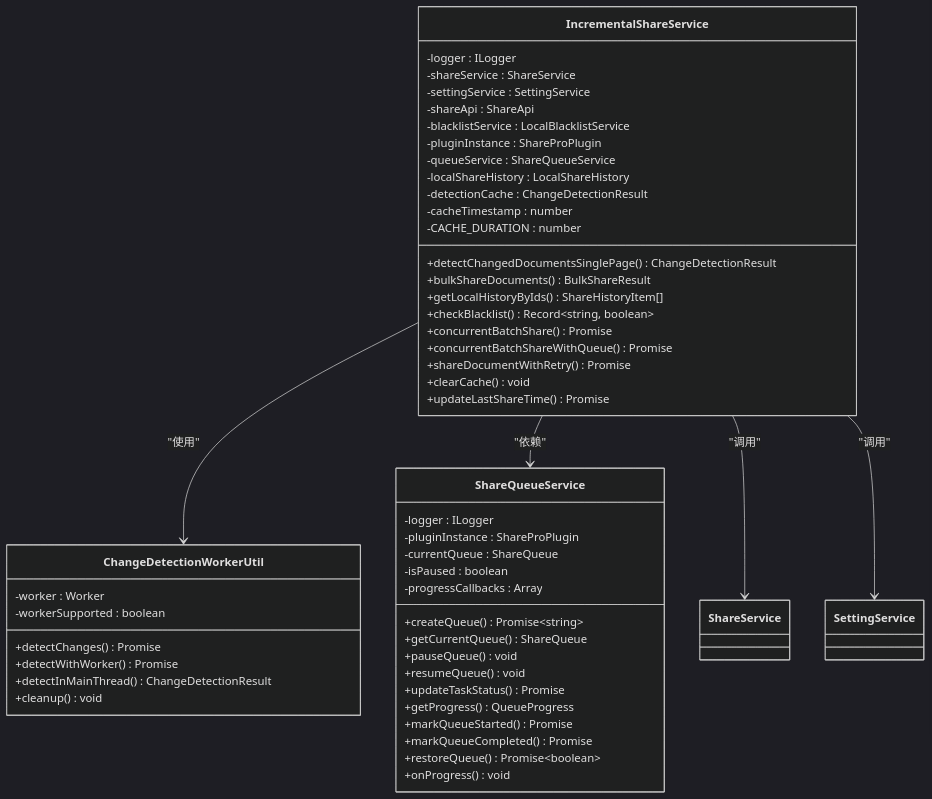
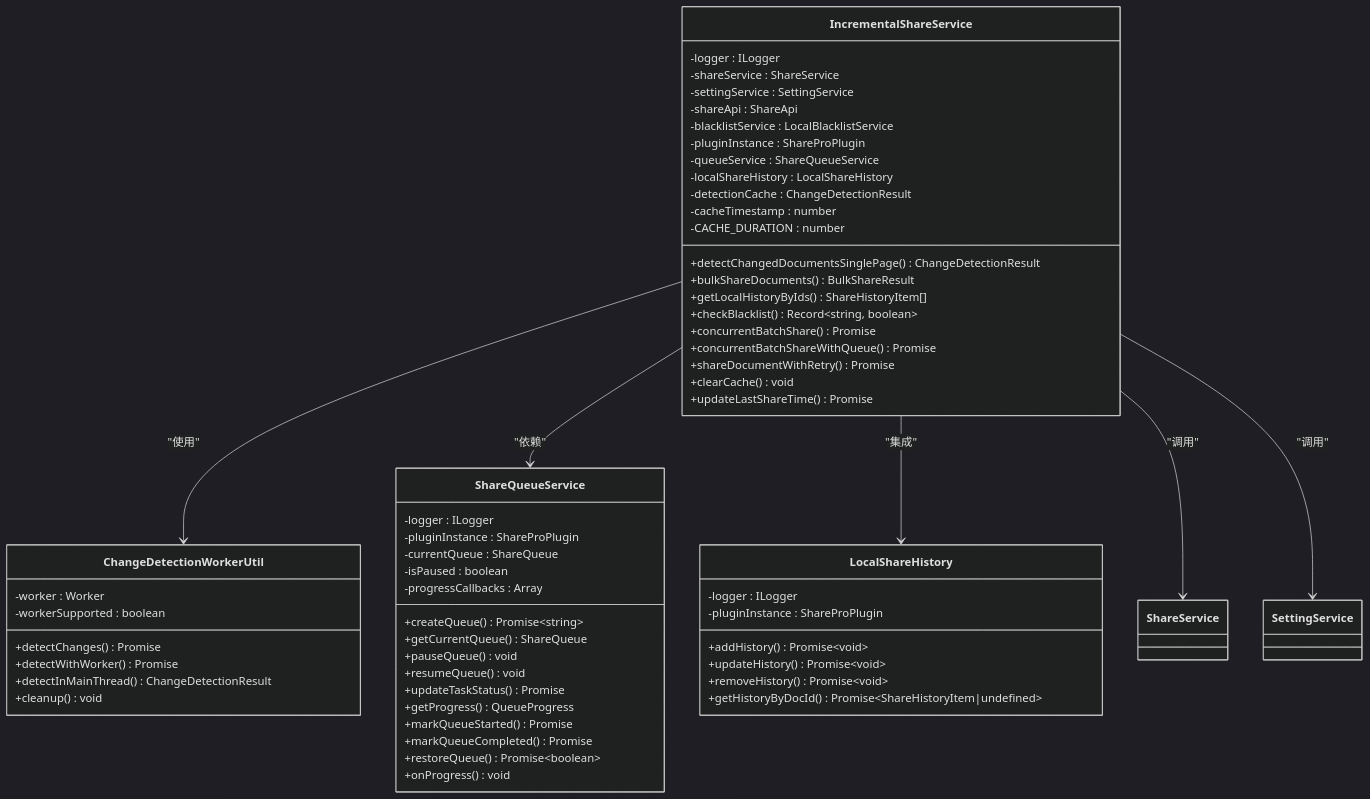
Before and after one commit to terwerinc/siyuan-plugin-share-pro: the third of 7 diagrams in .qoder/repowiki/zh/content/增量分享规范.md, drawn with Mermaid (dark theme). The commit also changed other lines of this file and 8 other files, not shown here.

````diff
--- a/.qoder/repowiki/zh/content/增量分享规范.md
+++ b/.qoder/repowiki/zh/content/增量分享规范.md
@@ -154,54 +183,63 @@
 ```mermaid
 classDiagram
 class IncrementalShareService {
 -logger : ILogger
 -shareService : ShareService
 -settingService : SettingService
 -shareApi : ShareApi
 -blacklistService : LocalBlacklistService
 -pluginInstance : ShareProPlugin
 -queueService : ShareQueueService
 -localShareHistory : LocalShareHistory
 -detectionCache : ChangeDetectionResult
 -cacheTimestamp : number
 -CACHE_DURATION : number
 +detectChangedDocumentsSinglePage() ChangeDetectionResult
 +bulkShareDocuments() BulkShareResult
 +getLocalHistoryByIds() ShareHistoryItem[]
 +checkBlacklist() Record~string, boolean~
 +concurrentBatchShare() Promise
 +concurrentBatchShareWithQueue() Promise
 +shareDocumentWithRetry() Promise
 +clearCache() void
 +updateLastShareTime() Promise
 }
 class ChangeDetectionWorkerUtil {
 -worker : Worker
 -workerSupported : boolean
 +detectChanges() Promise
 +detectWithWorker() Promise
 +detectInMainThread() ChangeDetectionResult
 +cleanup() void
 }
 class ShareQueueService {
 -logger : ILogger
 -pluginInstance : ShareProPlugin
 -currentQueue : ShareQueue
 -isPaused : boolean
 -progressCallbacks : Array
 +createQueue() Promise~string~
 +getCurrentQueue() ShareQueue
 +pauseQueue() void
 +resumeQueue() void
 +updateTaskStatus() Promise
 +getProgress() QueueProgress
 +markQueueStarted() Promise
 +markQueueCompleted() Promise
 +restoreQueue() Promise~boolean~
 +onProgress() void
 }
+class LocalShareHistory {
+-logger : ILogger
+-pluginInstance : ShareProPlugin
++addHistory() Promise~void~
++updateHistory() Promise~void~
++removeHistory() Promise~void~
++getHistoryByDocId() Promise~ShareHistoryItem|undefined~
+}
 IncrementalShareService --> ChangeDetectionWorkerUtil : "使用"
 IncrementalShareService --> ShareQueueService : "依赖"
+IncrementalShareService --> LocalShareHistory : "集成"
 IncrementalShareService --> ShareService : "调用"
 IncrementalShareService --> SettingService : "调用"
 ```
````
